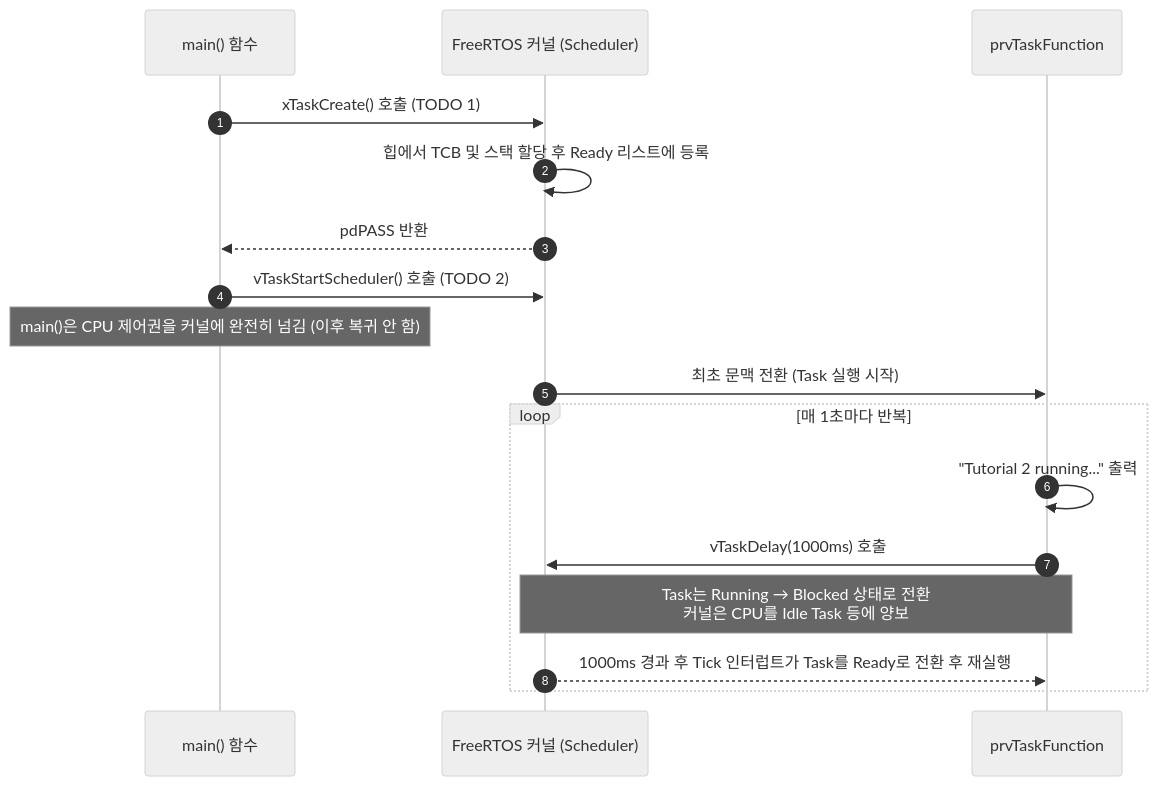
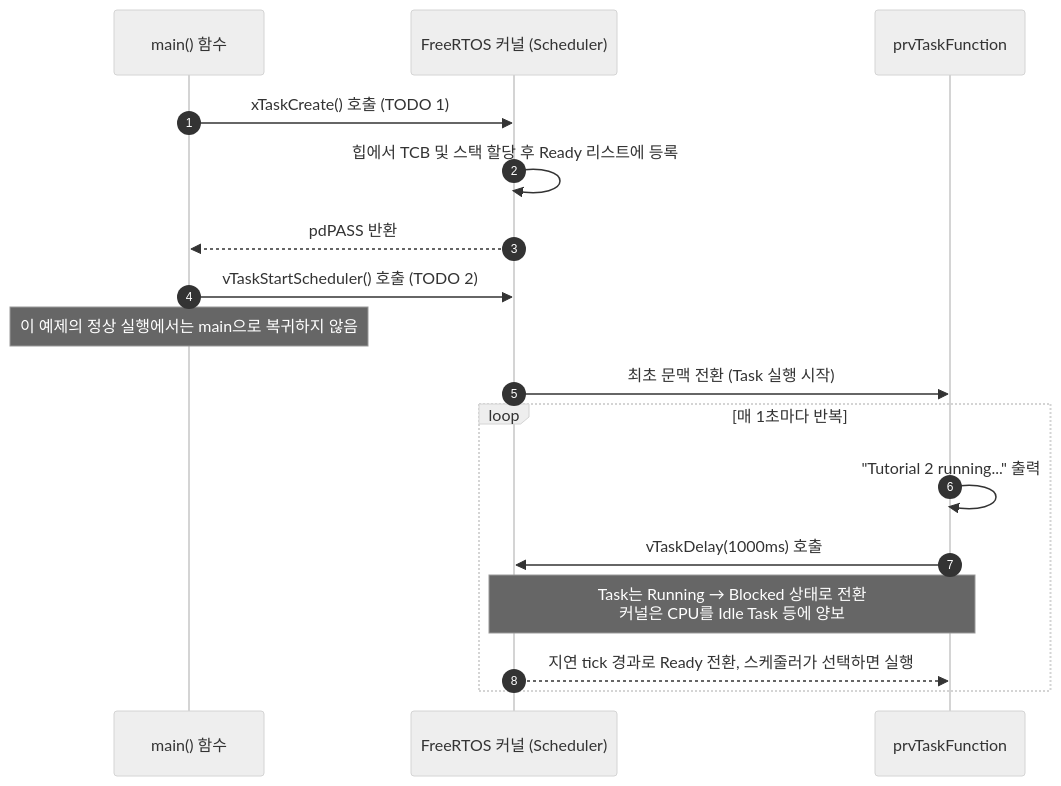
The second of 2 diagrams in ko/guides/tutorial_2.md (yunju-baek/FreeRTOS-Tutorials-ko), drawn with Mermaid (neutral theme) before and after one commit. The commit also changed other lines of this file and 37 other files, not shown here.

````diff
--- a/ko/guides/tutorial_2.md
+++ b/ko/guides/tutorial_2.md
@@ -83,21 +89,21 @@
 ```mermaid
 sequenceDiagram
     autonumber
     participant Main as main() 함수
     participant Kernel as FreeRTOS 커널 (Scheduler)
     participant Task as prvTaskFunction
 
     Main->>Kernel: xTaskCreate() 호출 (TODO 1)
     Kernel->>Kernel: 힙에서 TCB 및 스택 할당 후 Ready 리스트에 등록
     Kernel-->>Main: pdPASS 반환
     Main->>Kernel: vTaskStartScheduler() 호출 (TODO 2)
-    Note over Main: main()은 CPU 제어권을 커널에 완전히 넘김 (이후 복귀 안 함)
-    
+    Note over Main: 이 예제의 정상 실행에서는 main으로 복귀하지 않음
+
     Kernel->>Task: 최초 문맥 전환 (Task 실행 시작)
     loop 매 1초마다 반복
         Task->>Task: "Tutorial 2 running..." 출력
         Task->>Kernel: vTaskDelay(1000ms) 호출
         Note over Task,Kernel: Task는 Running → Blocked 상태로 전환<br/>커널은 CPU를 Idle Task 등에 양보
-        Kernel-->>Task: 1000ms 경과 후 Tick 인터럽트가 Task를 Ready로 전환 후 재실행
+        Kernel-->>Task: 지연 tick 경과로 Ready 전환, 스케줄러가 선택하면 실행
     end
 ```
````
